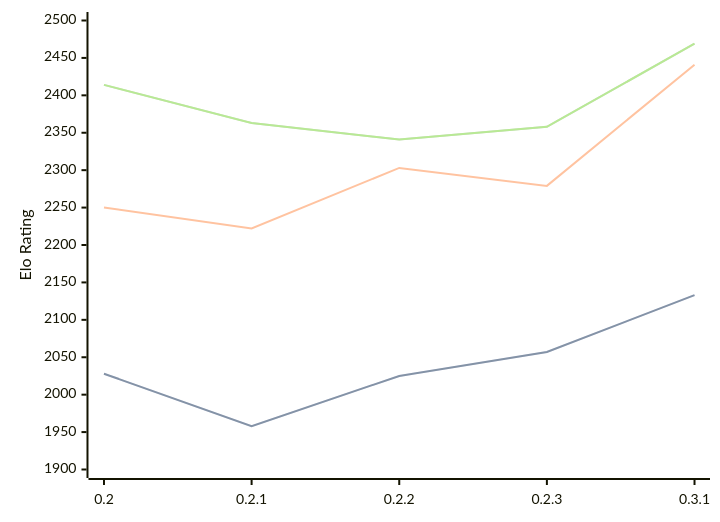
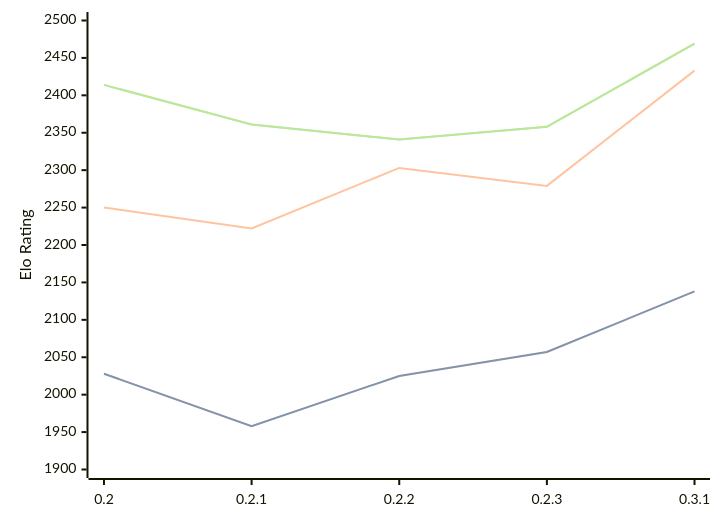
Before and after one commit to computer-chess-index/cci: the diagram in engines/Lolbot.md, drawn with Mermaid. The commit also changed other lines of this file, not shown here.

Commit message:
Update CCI Ratings (ELO VLTC) - 2026-04-20

````diff
--- a/engines/Lolbot.md
+++ b/engines/Lolbot.md
@@ -36,11 +36,11 @@
 ```mermaid
 %%{init: {"theme":"base","themeVariables":{"seriesColors:['#a3a3a3','#222221','#faa371']}}}%%
 xychart-beta
   x-axis ["0.2", "0.2.1", "0.2.2", "0.2.3", "0.3.1"]
   y-axis "Elo Rating" 1900 --> 2500
-  line "STC (8.0+0.08s)" [2028, 1958, 2025, 2057, 2133]
-  line "STC (8.0+0.08s)" [2028, 1958, 2025, 2057, 2133]
-  line "LTC (60.0+0.60s)" [2250, 2222, 2303, 2279, 2441]
-  line "VLTC (2m24s+1.12s)" [2414, 2363, 2341, 2358, 2469]
-  line "VLTC (2m24s+1.12s)" [2414, 2363, 2341, 2358, 2469]
+  line "STC (8.0+0.08s)" [2028, 1958, 2025, 2057, 2138]
+  line "STC (8.0+0.08s)" [2028, 1958, 2025, 2057, 2138]
+  line "LTC (60.0+0.60s)" [2250, 2222, 2303, 2279, 2433]
+  line "VLTC (2m24s+1.12s)" [2414, 2361, 2341, 2358, 2469]
+  line "VLTC (2m24s+1.12s)" [2414, 2361, 2341, 2358, 2469]
 ```
````
